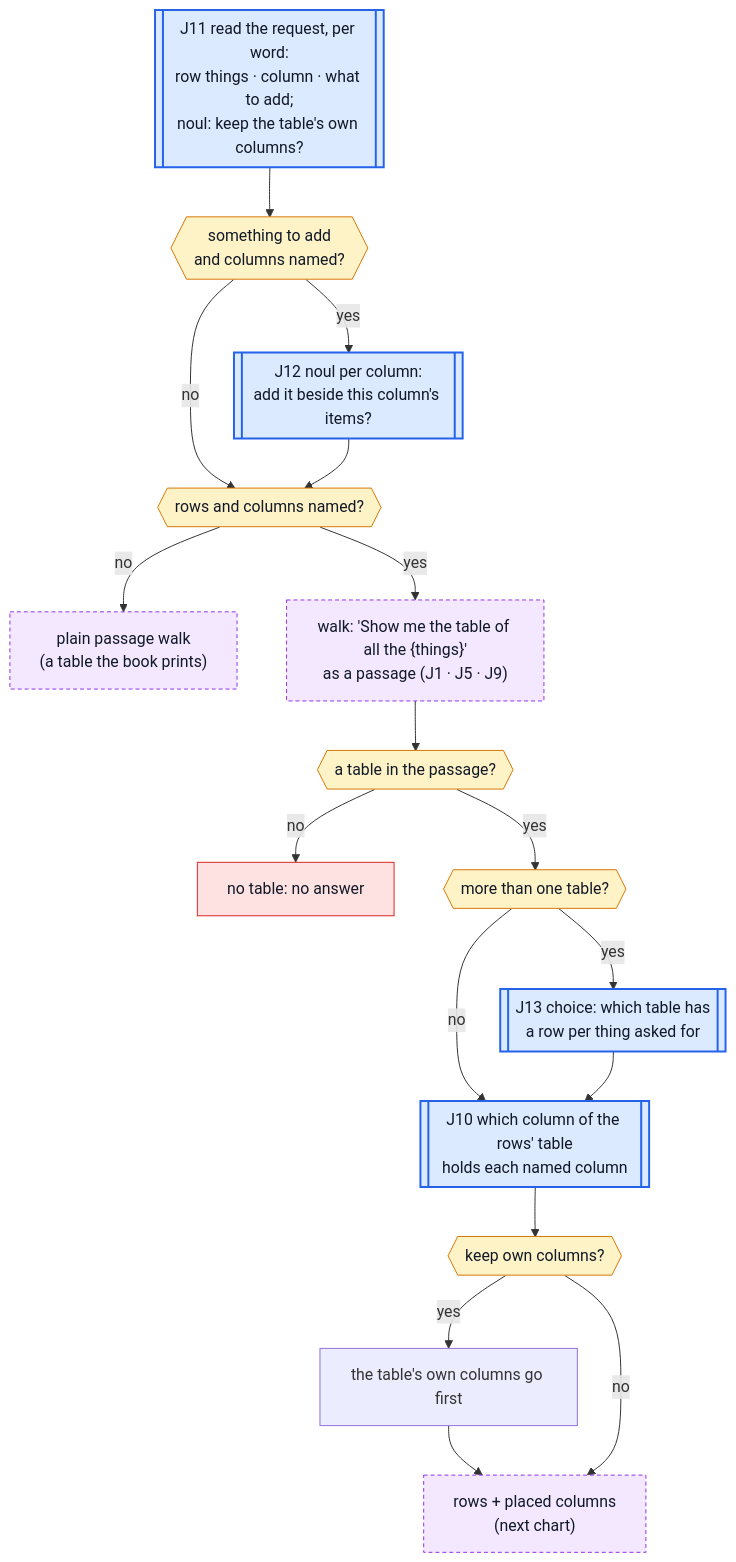
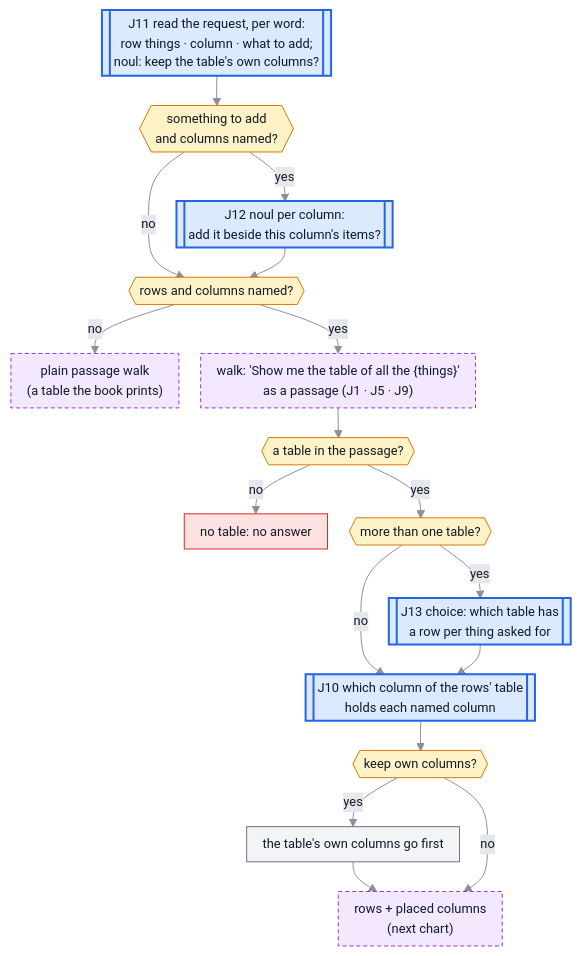
One commit to ConfusedSky/jev-tests changed diagram 15 of 17 in docs/flows_cfff206.md. Above: the diagram before and after it, drawn with Mermaid. The commit also changed other lines of this file, not shown here.

First line of the commit message:
Gives the flowcharts their render settings

````diff
--- a/docs/flows_cfff206.md
+++ b/docs/flows_cfff206.md
@@ -474,27 +488,28 @@
 ```mermaid
+%%{init: {"theme":"base","flowchart":{"curve":"basis","htmlLabels":true,"nodeSpacing":22,"rankSpacing":30,"padding":8,"wrappingWidth":280},"themeVariables":{"fontSize":"13px","primaryColor":"#f3f4f6","primaryBorderColor":"#6b7280","primaryTextColor":"#111827","lineColor":"#8b8f98","edgeLabelBackground":"#e5e7eb","clusterBkg":"transparent","clusterBorder":"#8b8f98","titleColor":"#8b8f98"}}}%%
 flowchart TD
   J11[["J11 read the request, per word:<br/>row things · column · what to add;<br/>noul: keep the table's own columns?"]] --> AD{{"something to add<br/>and columns named?"}}
   AD -- yes --> J12[["J12 noul per column:<br/>add it beside this column's items?"]]
   AD -- no --> NC
   J12 --> NC{{"rows and columns named?"}}
   NC -- no --> PW["plain passage walk<br/>(a table the book prints)"]
   NC -- yes --> MW["walk: 'Show me the table of all the {things}'<br/>as a passage (J1 · J5 · J9)"]
   MW --> FT{{"a table in the passage?"}}
   FT -- no --> FAIL["no table: no answer"]
   FT -- yes --> MT{{"more than one table?"}}
   MT -- yes --> J13[["J13 choice: which table has<br/>a row per thing asked for"]]
   MT -- no --> J10
   J13 --> J10[["J10 which column of the rows' table<br/>holds each named column"]]
   J10 --> KP{{"keep own columns?"}}
   KP -- yes --> KC["the table's own columns go first"] --> NX
   KP -- no --> NX["rows + placed columns<br/>(next chart)"]
   class J11,J12,J13,J10 jev
   class AD,NC,FT,MT,KP dec
   class FAIL stop
   class PW,MW,NX sub
   classDef jev fill:#dbeafe,stroke:#2563eb,stroke-width:2px,color:#111827
   classDef dec fill:#fef3c7,stroke:#d97706,color:#111827
   classDef stop fill:#fee2e2,stroke:#dc2626,color:#111827
   classDef ok fill:#dcfce7,stroke:#16a34a,color:#111827
   classDef sub fill:#f3e8ff,stroke:#9333ea,stroke-dasharray:4 3,color:#111827
 ```
````
